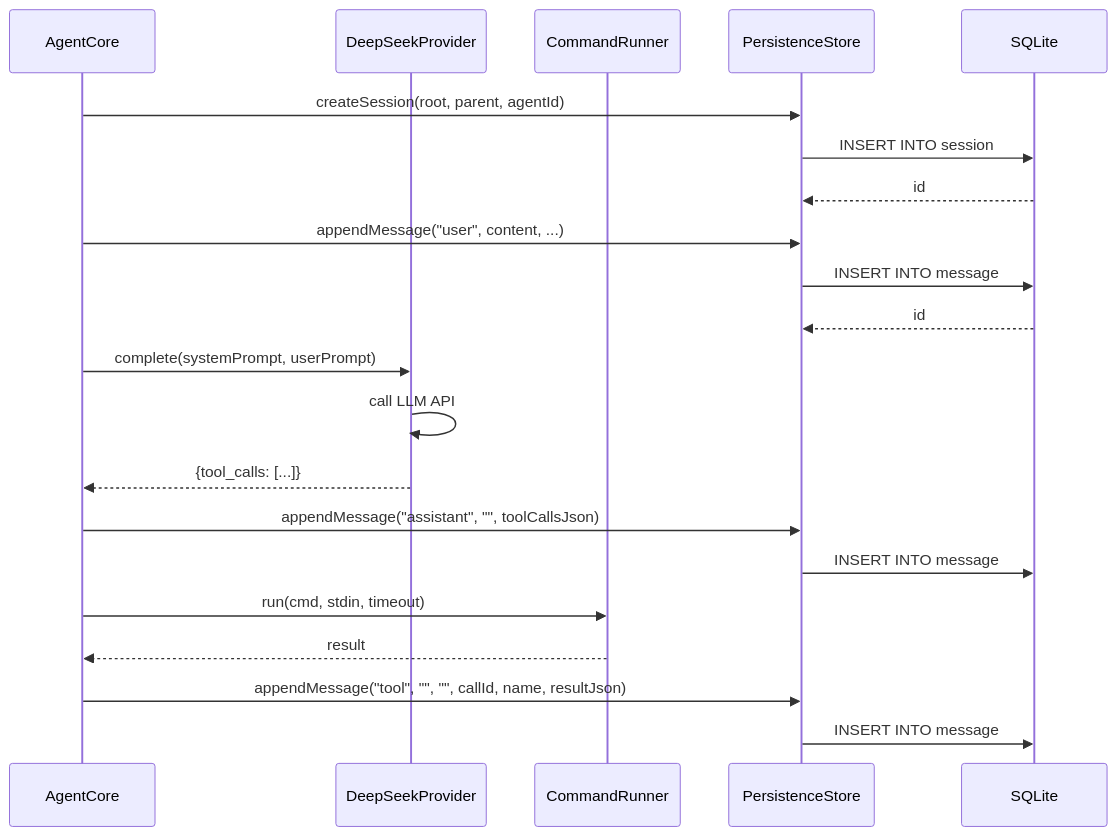
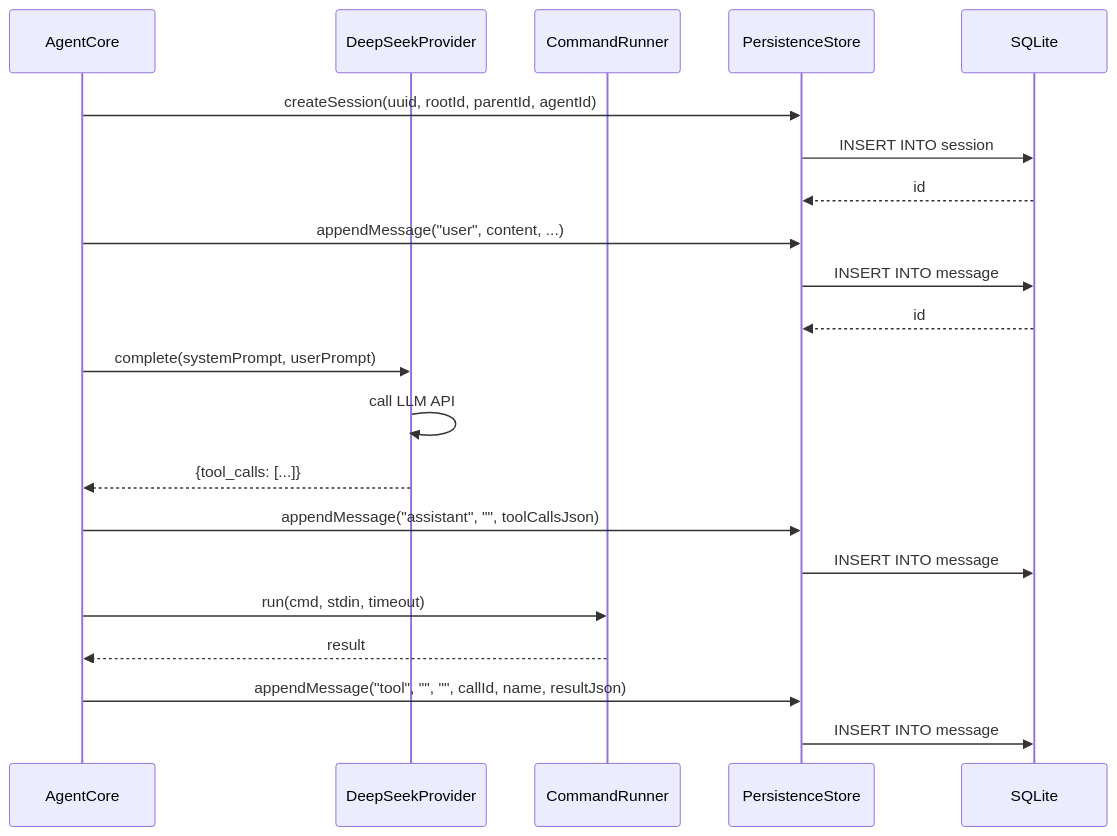
Before and after one commit to opensassi/a0: the second of 4 diagrams in src/persistence/technical-specification.md, drawn with Mermaid. The commit also changed other lines of this file and 165 other files, not shown here.

````diff
--- a/src/persistence/technical-specification.md
+++ b/src/persistence/technical-specification.md
@@ -439,29 +534,29 @@
 ```mermaid
 sequenceDiagram
     participant AC as AgentCore
     participant DP as DeepSeekProvider
     participant CR as CommandRunner
     participant PS as PersistenceStore
     participant DB as SQLite
 
-    AC->>PS: createSession(root, parent, agentId)
+    AC->>PS: createSession(uuid, rootId, parentId, agentId)
     PS->>DB: INSERT INTO session
     DB-->>PS: id
 
     AC->>PS: appendMessage("user", content, ...)
     PS->>DB: INSERT INTO message
     DB-->>PS: id
 
     AC->>DP: complete(systemPrompt, userPrompt)
     DP->>DP: call LLM API
     DP-->>AC: {tool_calls: [...]}
 
     AC->>PS: appendMessage("assistant", "", toolCallsJson)
     PS->>DB: INSERT INTO message
 
     AC->>CR: run(cmd, stdin, timeout)
     CR-->>AC: result
 
     AC->>PS: appendMessage("tool", "", "", callId, name, resultJson)
     PS->>DB: INSERT INTO message
 ```
````
